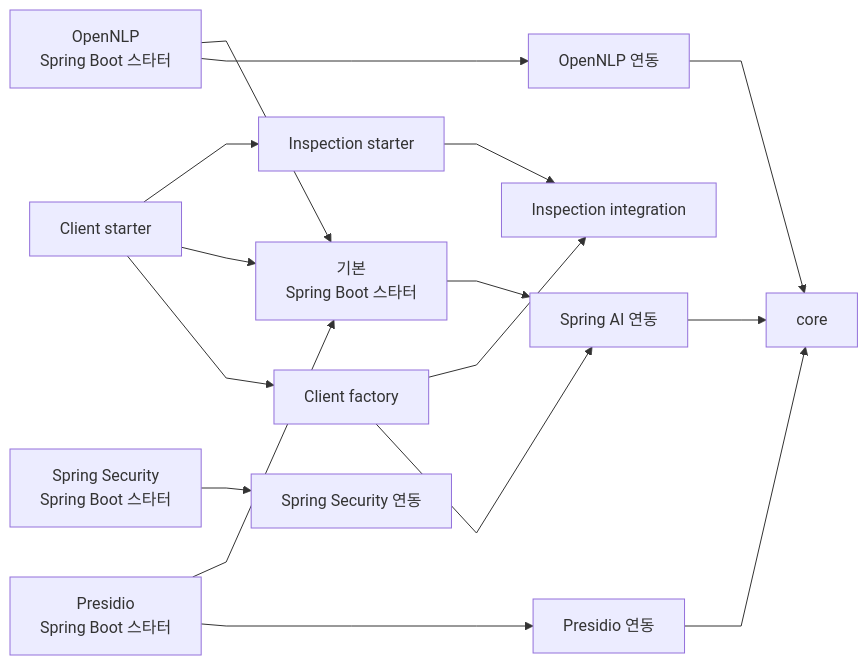
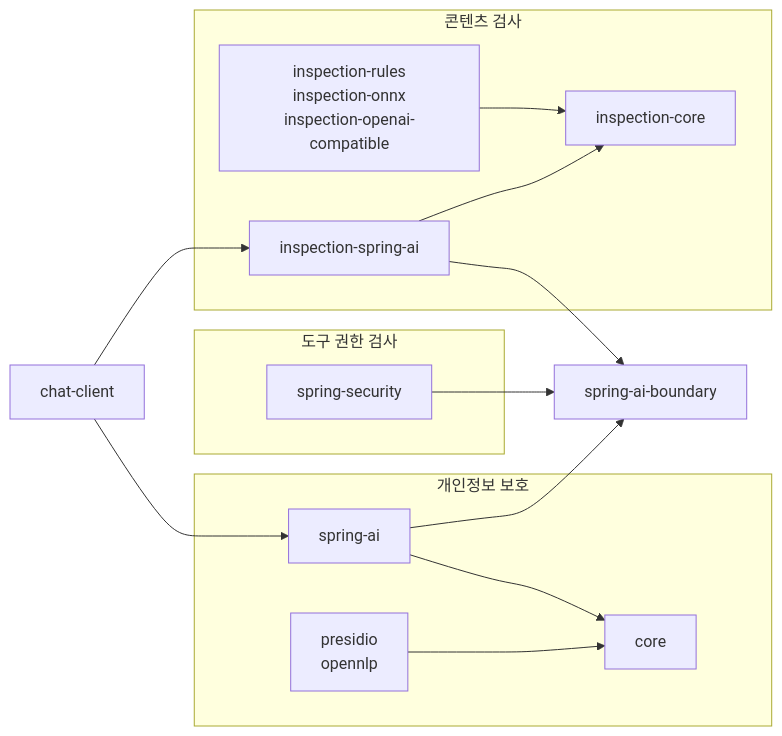
Before and after one commit to ultramancode/spring-ai-privacy-guardrails: the third of 5 diagrams in docs/ko/architecture.md, drawn with Mermaid. The commit also changed other lines of this file and 42 other files, not shown here.

````diff
--- a/docs/ko/architecture.md
+++ b/docs/ko/architecture.md
@@ -52,24 +69,24 @@
 ```mermaid
-%%{init: {"flowchart": {"curve": "linear"}}}%%
 flowchart LR
-    CORE["core"]
-    CLIENT["Client factory"] --> SAI
-    CLIENT --> INSPECT["Inspection integration"]
-    CLIENTBOOT["Client starter"] --> CLIENT
-    CLIENTBOOT --> BASE
-    CLIENTBOOT --> INSPECTBOOT["Inspection starter"]
-    INSPECTBOOT --> INSPECT
+    CLIENT["chat-client"]
 
-    PRES["Presidio 연동"] --> CORE
-    SAI["Spring AI 연동"] --> CORE
-    OPEN["OpenNLP 연동"] --> CORE
-    SEC["Spring Security 연동"]
+    subgraph PRIVACY["개인정보 보호"]
+        SAI["spring-ai"] --> CORE["core"]
+        ANALYZERS["presidio<br/>opennlp"] --> CORE
+    end
 
-    PRESBOOT["Presidio<br/>Spring Boot 스타터"] --> PRES
-    BASE["기본<br/>Spring Boot 스타터"] --> SAI
-    OPENBOOT["OpenNLP<br/>Spring Boot 스타터"] --> OPEN
-    SECBOOT["Spring Security<br/>Spring Boot 스타터"] --> SEC
+    subgraph SECURITY["도구 권한 검사"]
+        SEC["spring-security"]
+    end
 
-    PRESBOOT --> BASE
-    OPENBOOT --> BASE
+    subgraph INSPECTION["콘텐츠 검사"]
+        BACKENDS["inspection-rules<br/>inspection-onnx<br/>inspection-openai-compatible"] --> ICORE["inspection-core"]
+        ISA["inspection-spring-ai"] --> ICORE
+    end
+
+    CLIENT --> ISA
+    CLIENT --> SAI
+    SAI --> BOUNDARY["spring-ai-boundary"]
+    SEC --> BOUNDARY
+    ISA --> BOUNDARY
 ```
````
